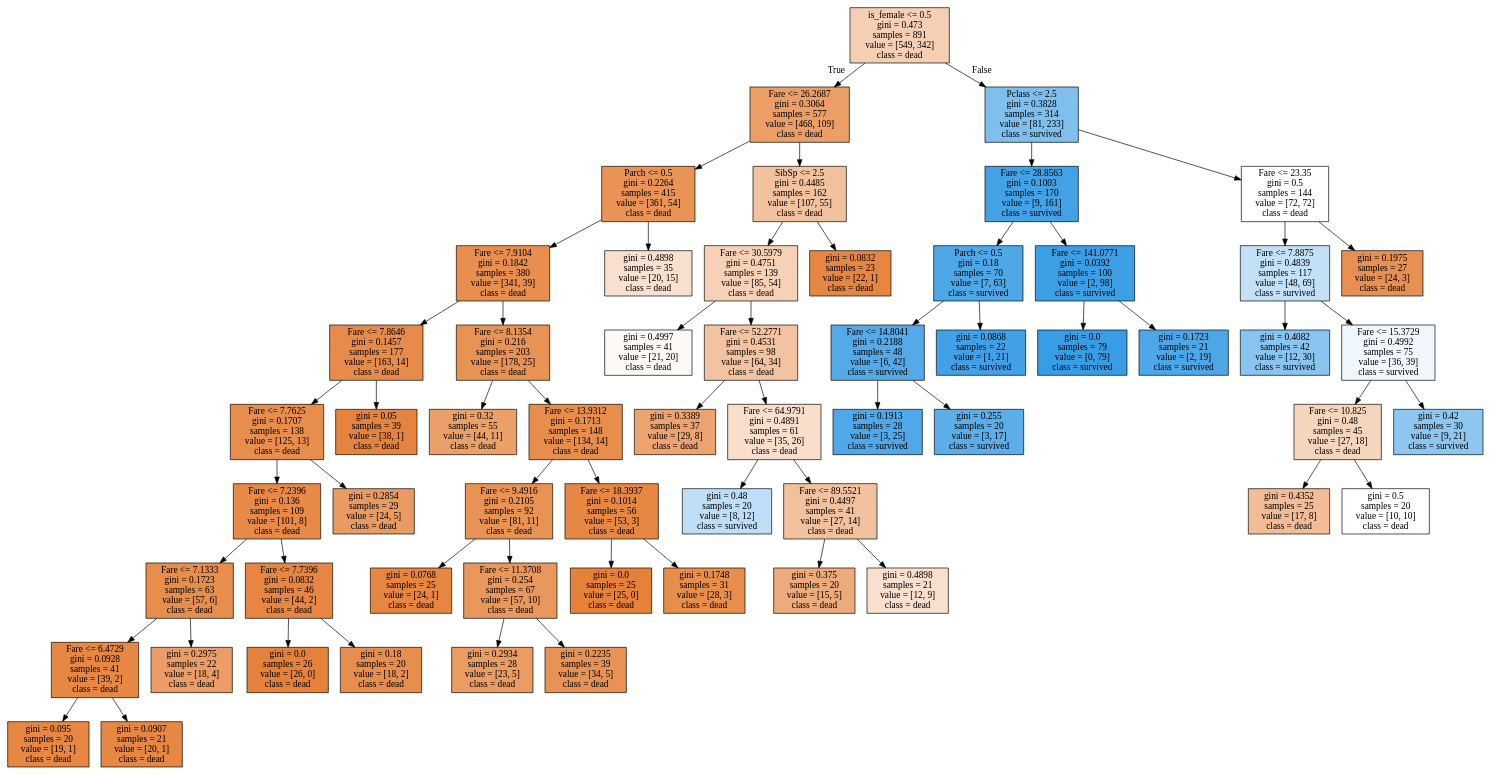
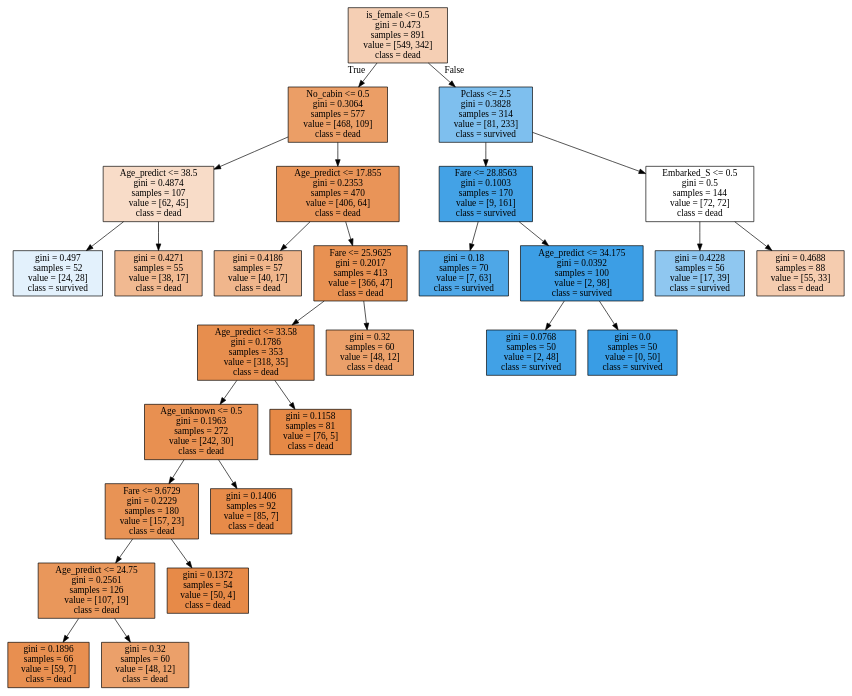
The diagram in img/tree.dot (Sirorezka/Titanic), drawn with Graphviz before and after one commit. The commit also changed 13 other files, not shown here.

Commit message:
Graphs+data processing

```diff
--- a/img/tree.dot
+++ b/img/tree.dot
@@ -1,120 +1,56 @@
 digraph Tree {
 node [shape=box, style="filled", color="black"] ;
 0 [label="is_female <= 0.5\ngini = 0.473\nsamples = 891\nvalue = [549, 342]\nclass = dead", fillcolor="#e5813960"] ;
-1 [label="Fare <= 26.2687\ngini = 0.3064\nsamples = 577\nvalue = [468, 109]\nclass = dead", fillcolor="#e58139c4"] ;
+1 [label="No_cabin <= 0.5\ngini = 0.3064\nsamples = 577\nvalue = [468, 109]\nclass = dead", fillcolor="#e58139c4"] ;
 0 -> 1 [labeldistance=2.5, labelangle=45, headlabel="True"] ;
-2 [label="Parch <= 0.5\ngini = 0.2264\nsamples = 415\nvalue = [361, 54]\nclass = dead", fillcolor="#e58139d9"] ;
+2 [label="Age_predict <= 38.5\ngini = 0.4874\nsamples = 107\nvalue = [62, 45]\nclass = dead", fillcolor="#e5813946"] ;
 1 -> 2 ;
-3 [label="Fare <= 7.9104\ngini = 0.1842\nsamples = 380\nvalue = [341, 39]\nclass = dead", fillcolor="#e58139e2"] ;
+3 [label="gini = 0.497\nsamples = 52\nvalue = [24, 28]\nclass = survived", fillcolor="#399de524"] ;
 2 -> 3 ;
-4 [label="Fare <= 7.8646\ngini = 0.1457\nsamples = 177\nvalue = [163, 14]\nclass = dead", fillcolor="#e58139e9"] ;
-3 -> 4 ;
-5 [label="Fare <= 7.7625\ngini = 0.1707\nsamples = 138\nvalue = [125, 13]\nclass = dead", fillcolor="#e58139e4"] ;
-4 -> 5 ;
-6 [label="Fare <= 7.2396\ngini = 0.136\nsamples = 109\nvalue = [101, 8]\nclass = dead", fillcolor="#e58139eb"] ;
+4 [label="gini = 0.4271\nsamples = 55\nvalue = [38, 17]\nclass = dead", fillcolor="#e581398d"] ;
+2 -> 4 ;
+5 [label="Age_predict <= 17.855\ngini = 0.2353\nsamples = 470\nvalue = [406, 64]\nclass = dead", fillcolor="#e58139d7"] ;
+1 -> 5 ;
+6 [label="gini = 0.4186\nsamples = 57\nvalue = [40, 17]\nclass = dead", fillcolor="#e5813993"] ;
 5 -> 6 ;
-7 [label="Fare <= 7.1333\ngini = 0.1723\nsamples = 63\nvalue = [57, 6]\nclass = dead", fillcolor="#e58139e4"] ;
-6 -> 7 ;
-8 [label="Fare <= 6.4729\ngini = 0.0928\nsamples = 41\nvalue = [39, 2]\nclass = dead", fillcolor="#e58139f2"] ;
+7 [label="Fare <= 25.9625\ngini = 0.2017\nsamples = 413\nvalue = [366, 47]\nclass = dead", fillcolor="#e58139de"] ;
+5 -> 7 ;
+8 [label="Age_predict <= 33.58\ngini = 0.1786\nsamples = 353\nvalue = [318, 35]\nclass = dead", fillcolor="#e58139e3"] ;
 7 -> 8 ;
-9 [label="gini = 0.095\nsamples = 20\nvalue = [19, 1]\nclass = dead", fillcolor="#e58139f2"] ;
+9 [label="Age_unknown <= 0.5\ngini = 0.1963\nsamples = 272\nvalue = [242, 30]\nclass = dead", fillcolor="#e58139df"] ;
 8 -> 9 ;
-10 [label="gini = 0.0907\nsamples = 21\nvalue = [20, 1]\nclass = dead", fillcolor="#e58139f2"] ;
-8 -> 10 ;
-11 [label="gini = 0.2975\nsamples = 22\nvalue = [18, 4]\nclass = dead", fillcolor="#e58139c6"] ;
-7 -> 11 ;
-12 [label="Fare <= 7.7396\ngini = 0.0832\nsamples = 46\nvalue = [44, 2]\nclass = dead", fillcolor="#e58139f3"] ;
-6 -> 12 ;
-13 [label="gini = 0.0\nsamples = 26\nvalue = [26, 0]\nclass = dead", fillcolor="#e58139ff"] ;
-12 -> 13 ;
-14 [label="gini = 0.18\nsamples = 20\nvalue = [18, 2]\nclass = dead", fillcolor="#e58139e3"] ;
-12 -> 14 ;
-15 [label="gini = 0.2854\nsamples = 29\nvalue = [24, 5]\nclass = dead", fillcolor="#e58139ca"] ;
-5 -> 15 ;
-16 [label="gini = 0.05\nsamples = 39\nvalue = [38, 1]\nclass = dead", fillcolor="#e58139f8"] ;
-4 -> 16 ;
-17 [label="Fare <= 8.1354\ngini = 0.216\nsamples = 203\nvalue = [178, 25]\nclass = dead", fillcolor="#e58139db"] ;
-3 -> 17 ;
-18 [label="gini = 0.32\nsamples = 55\nvalue = [44, 11]\nclass = dead", fillcolor="#e58139bf"] ;
-17 -> 18 ;
-19 [label="Fare <= 13.9312\ngini = 0.1713\nsamples = 148\nvalue = [134, 14]\nclass = dead", fillcolor="#e58139e4"] ;
-17 -> 19 ;
-20 [label="Fare <= 9.4916\ngini = 0.2105\nsamples = 92\nvalue = [81, 11]\nclass = dead", fillcolor="#e58139dc"] ;
+10 [label="Fare <= 9.6729\ngini = 0.2229\nsamples = 180\nvalue = [157, 23]\nclass = dead", fillcolor="#e58139da"] ;
+9 -> 10 ;
+11 [label="Age_predict <= 24.75\ngini = 0.2561\nsamples = 126\nvalue = [107, 19]\nclass = dead", fillcolor="#e58139d2"] ;
+10 -> 11 ;
+12 [label="gini = 0.1896\nsamples = 66\nvalue = [59, 7]\nclass = dead", fillcolor="#e58139e1"] ;
+11 -> 12 ;
+13 [label="gini = 0.32\nsamples = 60\nvalue = [48, 12]\nclass = dead", fillcolor="#e58139bf"] ;
+11 -> 13 ;
+14 [label="gini = 0.1372\nsamples = 54\nvalue = [50, 4]\nclass = dead", fillcolor="#e58139eb"] ;
+10 -> 14 ;
+15 [label="gini = 0.1406\nsamples = 92\nvalue = [85, 7]\nclass = dead", fillcolor="#e58139ea"] ;
+9 -> 15 ;
+16 [label="gini = 0.1158\nsamples = 81\nvalue = [76, 5]\nclass = dead", fillcolor="#e58139ee"] ;
+8 -> 16 ;
+17 [label="gini = 0.32\nsamples = 60\nvalue = [48, 12]\nclass = dead", fillcolor="#e58139bf"] ;
+7 -> 17 ;
+18 [label="Pclass <= 2.5\ngini = 0.3828\nsamples = 314\nvalue = [81, 233]\nclass = survived", fillcolor="#399de5a6"] ;
+0 -> 18 [labeldistance=2.5, labelangle=-45, headlabel="False"] ;
+19 [label="Fare <= 28.8563\ngini = 0.1003\nsamples = 170\nvalue = [9, 161]\nclass = survived", fillcolor="#399de5f1"] ;
+18 -> 19 ;
+20 [label="gini = 0.18\nsamples = 70\nvalue = [7, 63]\nclass = survived", fillcolor="#399de5e3"] ;
 19 -> 20 ;
-21 [label="gini = 0.0768\nsamples = 25\nvalue = [24, 1]\nclass = dead", fillcolor="#e58139f4"] ;
-20 -> 21 ;
-22 [label="Fare <= 11.3708\ngini = 0.254\nsamples = 67\nvalue = [57, 10]\nclass = dead", fillcolor="#e58139d2"] ;
-20 -> 22 ;
-23 [label="gini = 0.2934\nsamples = 28\nvalue = [23, 5]\nclass = dead", fillcolor="#e58139c8"] ;
-22 -> 23 ;
-24 [label="gini = 0.2235\nsamples = 39\nvalue = [34, 5]\nclass = dead", fillcolor="#e58139da"] ;
-22 -> 24 ;
-25 [label="Fare <= 18.3937\ngini = 0.1014\nsamples = 56\nvalue = [53, 3]\nclass = dead", fillcolor="#e58139f1"] ;
-19 -> 25 ;
-26 [label="gini = 0.0\nsamples = 25\nvalue = [25, 0]\nclass = dead", fillcolor="#e58139ff"] ;
-25 -> 26 ;
-27 [label="gini = 0.1748\nsamples = 31\nvalue = [28, 3]\nclass = dead", fillcolor="#e58139e4"] ;
-25 -> 27 ;
-28 [label="gini = 0.4898\nsamples = 35\nvalue = [20, 15]\nclass = dead", fillcolor="#e5813940"] ;
-2 -> 28 ;
-29 [label="SibSp <= 2.5\ngini = 0.4485\nsamples = 162\nvalue = [107, 55]\nclass = dead", fillcolor="#e581397c"] ;
-1 -> 29 ;
-30 [label="Fare <= 30.5979\ngini = 0.4751\nsamples = 139\nvalue = [85, 54]\nclass = dead", fillcolor="#e581395d"] ;
-29 -> 30 ;
-31 [label="gini = 0.4997\nsamples = 41\nvalue = [21, 20]\nclass = dead", fillcolor="#e581390c"] ;
-30 -> 31 ;
-32 [label="Fare <= 52.2771\ngini = 0.4531\nsamples = 98\nvalue = [64, 34]\nclass = dead", fillcolor="#e5813978"] ;
-30 -> 32 ;
-33 [label="gini = 0.3389\nsamples = 37\nvalue = [29, 8]\nclass = dead", fillcolor="#e58139b9"] ;
-32 -> 33 ;
-34 [label="Fare <= 64.9791\ngini = 0.4891\nsamples = 61\nvalue = [35, 26]\nclass = dead", fillcolor="#e5813942"] ;
-32 -> 34 ;
-35 [label="gini = 0.48\nsamples = 20\nvalue = [8, 12]\nclass = survived", fillcolor="#399de555"] ;
-34 -> 35 ;
-36 [label="Fare <= 89.5521\ngini = 0.4497\nsamples = 41\nvalue = [27, 14]\nclass = dead", fillcolor="#e581397b"] ;
-34 -> 36 ;
-37 [label="gini = 0.375\nsamples = 20\nvalue = [15, 5]\nclass = dead", fillcolor="#e58139aa"] ;
-36 -> 37 ;
-38 [label="gini = 0.4898\nsamples = 21\nvalue = [12, 9]\nclass = dead", fillcolor="#e5813940"] ;
-36 -> 38 ;
-39 [label="gini = 0.0832\nsamples = 23\nvalue = [22, 1]\nclass = dead", fillcolor="#e58139f3"] ;
-29 -> 39 ;
-40 [label="Pclass <= 2.5\ngini = 0.3828\nsamples = 314\nvalue = [81, 233]\nclass = survived", fillcolor="#399de5a6"] ;
-0 -> 40 [labeldistance=2.5, labelangle=-45, headlabel="False"] ;
-41 [label="Fare <= 28.8563\ngini = 0.1003\nsamples = 170\nvalue = [9, 161]\nclass = survived", fillcolor="#399de5f1"] ;
-40 -> 41 ;
-42 [label="Parch <= 0.5\ngini = 0.18\nsamples = 70\nvalue = [7, 63]\nclass = survived", fillcolor="#399de5e3"] ;
-41 -> 42 ;
-43 [label="Fare <= 14.8041\ngini = 0.2188\nsamples = 48\nvalue = [6, 42]\nclass = survived", fillcolor="#399de5db"] ;
-42 -> 43 ;
-44 [label="gini = 0.1913\nsamples = 28\nvalue = [3, 25]\nclass = survived", fillcolor="#399de5e0"] ;
-43 -> 44 ;
-45 [label="gini = 0.255\nsamples = 20\nvalue = [3, 17]\nclass = survived", fillcolor="#399de5d2"] ;
-43 -> 45 ;
-46 [label="gini = 0.0868\nsamples = 22\nvalue = [1, 21]\nclass = survived", fillcolor="#399de5f3"] ;
-42 -> 46 ;
-47 [label="Fare <= 141.0771\ngini = 0.0392\nsamples = 100\nvalue = [2, 98]\nclass = survived", fillcolor="#399de5fa"] ;
-41 -> 47 ;
-48 [label="gini = 0.0\nsamples = 79\nvalue = [0, 79]\nclass = survived", fillcolor="#399de5ff"] ;
-47 -> 48 ;
-49 [label="gini = 0.1723\nsamples = 21\nvalue = [2, 19]\nclass = survived", fillcolor="#399de5e4"] ;
-47 -> 49 ;
-50 [label="Fare <= 23.35\ngini = 0.5\nsamples = 144\nvalue = [72, 72]\nclass = dead", fillcolor="#e5813900"] ;
-40 -> 50 ;
-51 [label="Fare <= 7.8875\ngini = 0.4839\nsamples = 117\nvalue = [48, 69]\nclass = survived", fillcolor="#399de54e"] ;
-50 -> 51 ;
-52 [label="gini = 0.4082\nsamples = 42\nvalue = [12, 30]\nclass = survived", fillcolor="#399de599"] ;
-51 -> 52 ;
-53 [label="Fare <= 15.3729\ngini = 0.4992\nsamples = 75\nvalue = [36, 39]\nclass = survived", fillcolor="#399de514"] ;
-51 -> 53 ;
-54 [label="Fare <= 10.825\ngini = 0.48\nsamples = 45\nvalue = [27, 18]\nclass = dead", fillcolor="#e5813955"] ;
-53 -> 54 ;
-55 [label="gini = 0.4352\nsamples = 25\nvalue = [17, 8]\nclass = dead", fillcolor="#e5813987"] ;
-54 -> 55 ;
-56 [label="gini = 0.5\nsamples = 20\nvalue = [10, 10]\nclass = dead", fillcolor="#e5813900"] ;
-54 -> 56 ;
-57 [label="gini = 0.42\nsamples = 30\nvalue = [9, 21]\nclass = survived", fillcolor="#399de592"] ;
-53 -> 57 ;
-58 [label="gini = 0.1975\nsamples = 27\nvalue = [24, 3]\nclass = dead", fillcolor="#e58139df"] ;
-50 -> 58 ;
+21 [label="Age_predict <= 34.175\ngini = 0.0392\nsamples = 100\nvalue = [2, 98]\nclass = survived", fillcolor="#399de5fa"] ;
+19 -> 21 ;
+22 [label="gini = 0.0768\nsamples = 50\nvalue = [2, 48]\nclass = survived", fillcolor="#399de5f4"] ;
+21 -> 22 ;
+23 [label="gini = 0.0\nsamples = 50\nvalue = [0, 50]\nclass = survived", fillcolor="#399de5ff"] ;
+21 -> 23 ;
+24 [label="Embarked_S <= 0.5\ngini = 0.5\nsamples = 144\nvalue = [72, 72]\nclass = dead", fillcolor="#e5813900"] ;
+18 -> 24 ;
+25 [label="gini = 0.4228\nsamples = 56\nvalue = [17, 39]\nclass = survived", fillcolor="#399de590"] ;
+24 -> 25 ;
+26 [label="gini = 0.4688\nsamples = 88\nvalue = [55, 33]\nclass = dead", fillcolor="#e5813966"] ;
+24 -> 26 ;
 }
```
